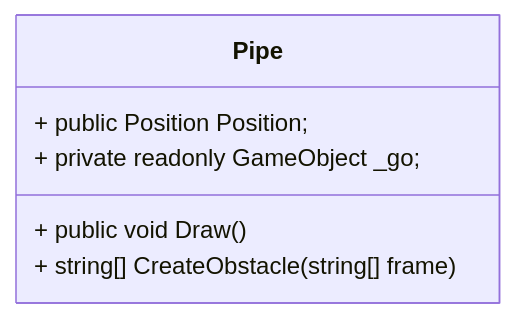
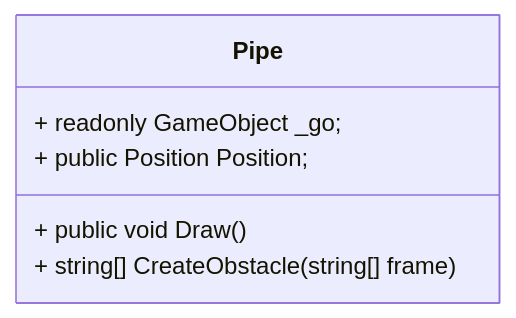
One commit to NexusWeave/MVP-FlappyBird-cs changed the ninth of 9 diagrams in dokumentasjon/diagram/klasse-diagram.md. Above: the diagram before and after it, drawn with Mermaid. The commit also changed other lines of this file, not shown here.

Commit message:
Refactor access modifiers for GameObject, Bird, Ground, and Pipe classes in klasse-diagram.md

````diff
--- a/dokumentasjon/diagram/klasse-diagram.md
+++ b/dokumentasjon/diagram/klasse-diagram.md
@@ -133,12 +133,12 @@
 ```mermaid
     classDiagram
         direction TD
 
         class Pipe {
+            + readonly GameObject _go;
             + public Position Position;
-            + private readonly GameObject _go;
-
+            
             + public void Draw()
             + string[] CreateObstacle(string[] frame)
         }
 ```
````
